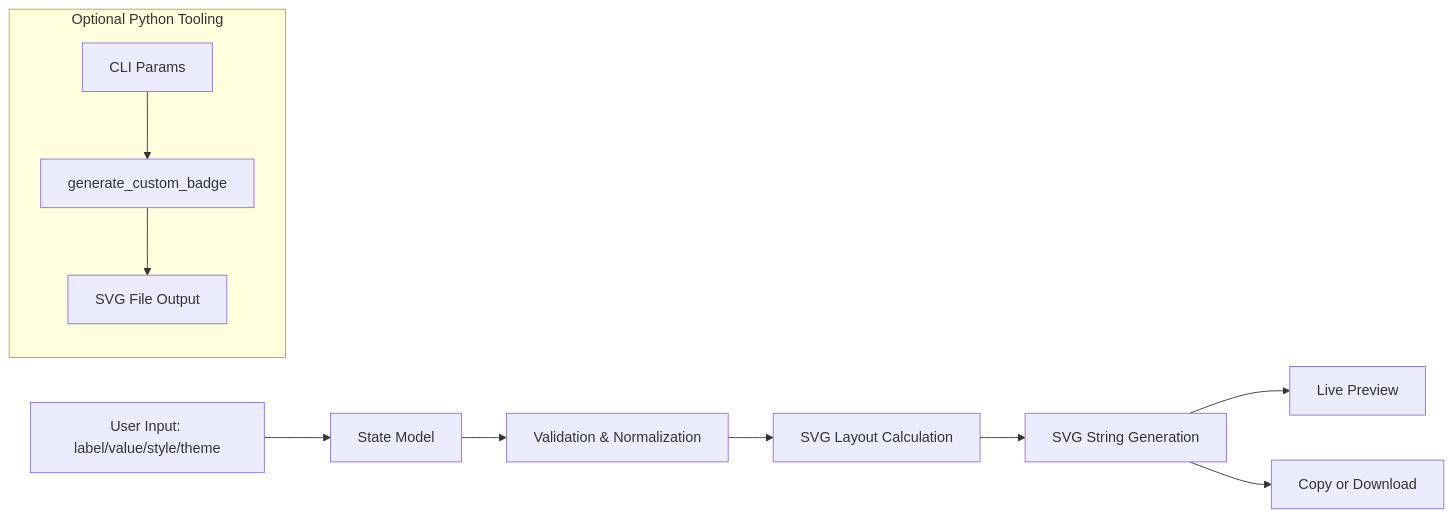
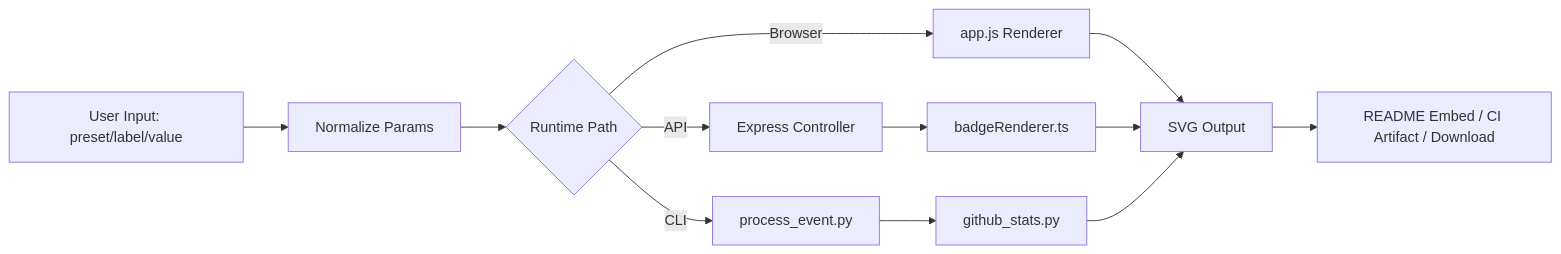
The diagram in README.md (readme-SVG/readme-SVG-Stats-Cards-generator), drawn with Mermaid before and after one commit. The commit also changed other lines of this file, not shown here.

Commit message:
docs: rewrite README with comprehensive architecture and usage guide

````diff
--- a/README.md
+++ b/README.md
@@ -108,14 +115,14 @@
 ```mermaid
 flowchart LR
-    A[User Input: label/value/style/theme] --> B[State Model]
-    B --> C[Validation & Normalization]
-    C --> D[SVG Layout Calculation]
-    D --> E[SVG String Generation]
-    E --> F[Live Preview]
-    E --> G[Copy or Download]
-
-    subgraph Optional Python Tooling
-      H[CLI Params] --> I[generate_custom_badge]
-      I --> J[SVG File Output]
-    end
+    A[User Input: preset/label/value] --> B[Normalize Params]
+    B --> C{Runtime Path}
+    C -->|Browser| D[app.js Renderer]
+    C -->|API| E[Express Controller]
+    E --> F[badgeRenderer.ts]
+    C -->|CLI| G[process_event.py]
+    G --> H[github_stats.py]
+    D --> I[SVG Output]
+    F --> I
+    H --> I
+    I --> J[README Embed / CI Artifact / Download]
 ```
````
